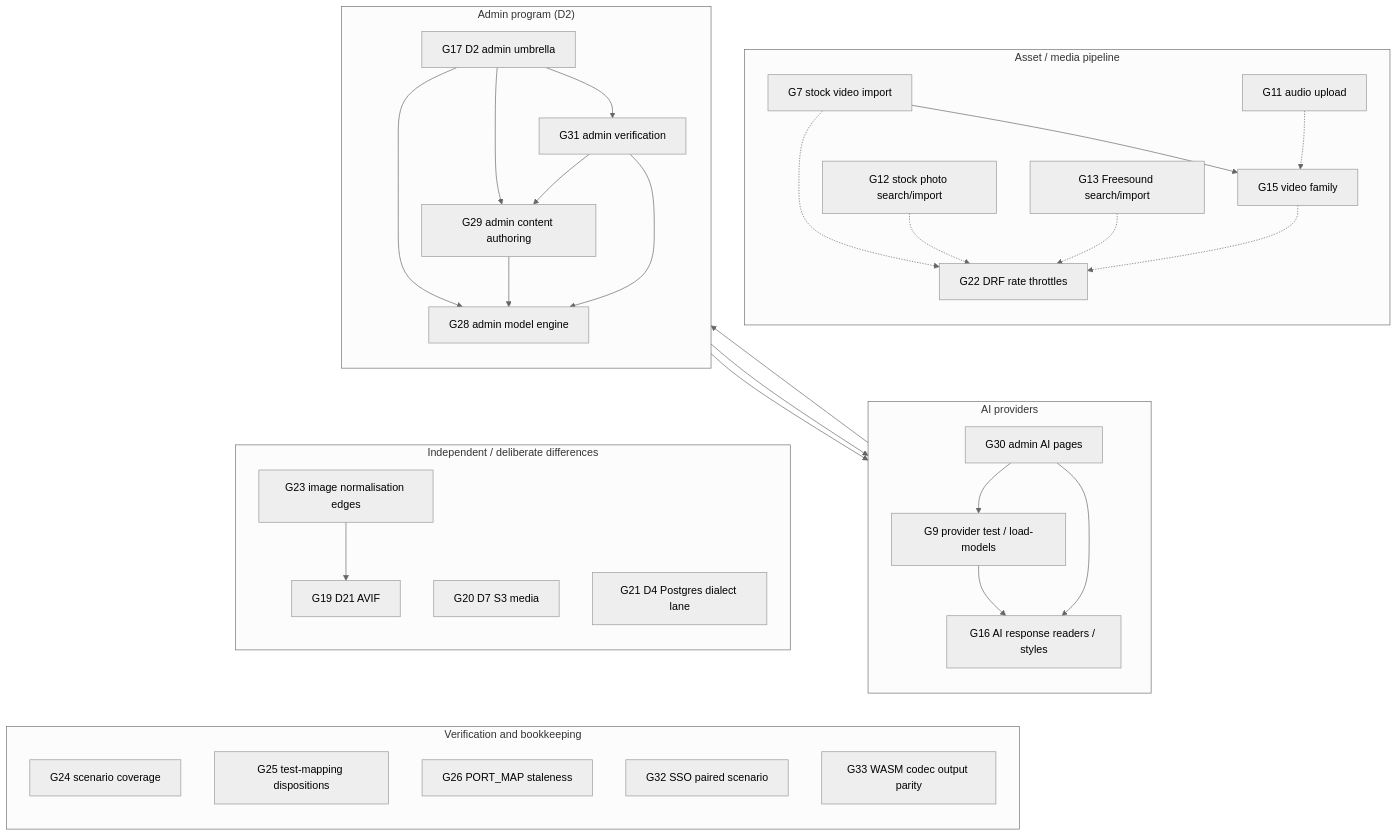
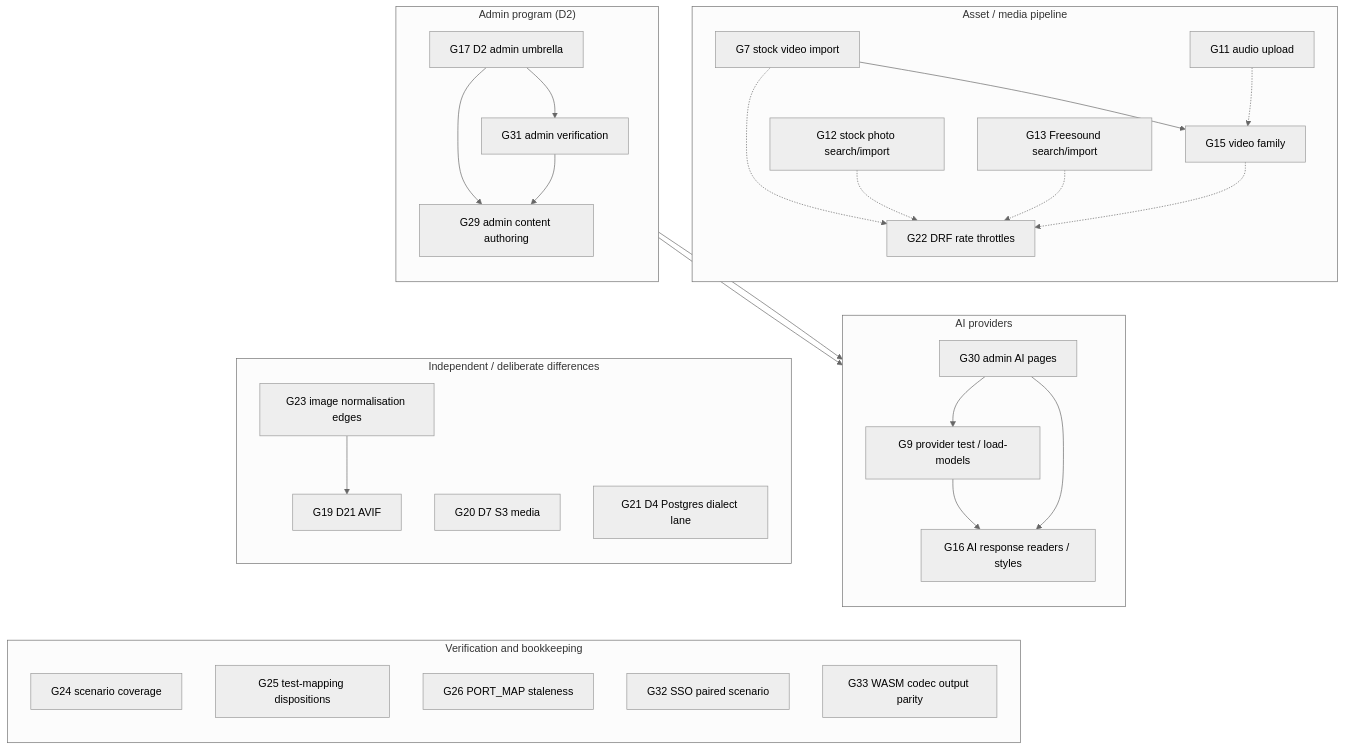
Before and after one commit to liyu1981/doory-go: the diagram in docs/parity/GAPS.md, drawn with Mermaid (neutral theme). The commit also changed other lines of this file and 7 other files, not shown here.

First line of the commit message:
Close the admin model engine gap

````diff
--- a/docs/parity/GAPS.md
+++ b/docs/parity/GAPS.md
@@ -33,78 +33,73 @@
 ```mermaid
 flowchart TB
   %% asset / media pipeline
   subgraph Media["Asset / media pipeline"]
     direction TB
     G15["G15 video family"]
     G7["G7 stock video import"]
     G12["G12 stock photo search/import"]
     G13["G13 Freesound search/import"]
     G11["G11 audio upload"]
     G22["G22 DRF rate throttles"]
 
     G7 --> G15
     G7 -.-> G22
     G12 -.-> G22
     G13 -.-> G22
     G15 -.-> G22
     G11 -.-> G15
   end
 
   %% AI
   subgraph AI["AI providers"]
     direction TB
     G16["G16 AI response readers / styles"]
     G9["G9 provider test / load-models"]
     G30["G30 admin AI pages"]
 
     G9 --> G16
     G30 --> G9
     G30 --> G16
   end
 
   %% admin program
   subgraph Admin["Admin program (D2)"]
     direction TB
     G17["G17 D2 admin umbrella"]
-    G28["G28 admin model engine"]
     G29["G29 admin content authoring"]
     G31["G31 admin verification"]
 
-    G17 --> G28
     G17 --> G29
     G17 --> G30
     G17 --> G31
-    G29 --> G28
-    G30 --> G28
-    G31 --> G28
     G31 --> G29
     G31 --> G30
   end
 
   %% independent deliberate differences
   subgraph Differences["Independent / deliberate differences"]
     direction TB
     G19["G19 D21 AVIF"]
     G20["G20 D7 S3 media"]
     G21["G21 D4 Postgres dialect lane"]
     G23["G23 image normalisation edges"]
 
     G23 --> G19
   end
 
   %% verification / bookkeeping (not feature prerequisites)
   subgraph Verification["Verification and bookkeeping"]
     direction TB
     G24["G24 scenario coverage"]
     G25["G25 test-mapping dispositions"]
     G26["G26 PORT_MAP staleness"]
     G32["G32 SSO paired scenario"]
     G33["G33 WASM codec output parity"]
   end
 
   %% Layout-only links: keep the clusters stacked vertically (they are invisible).
   G11 ~~~ G16
-  G16 ~~~ G28
-  G28 ~~~ G19
+  G16 ~~~ G29
+  G29 ~~~ G19
   G19 ~~~ G24
 ```
````
